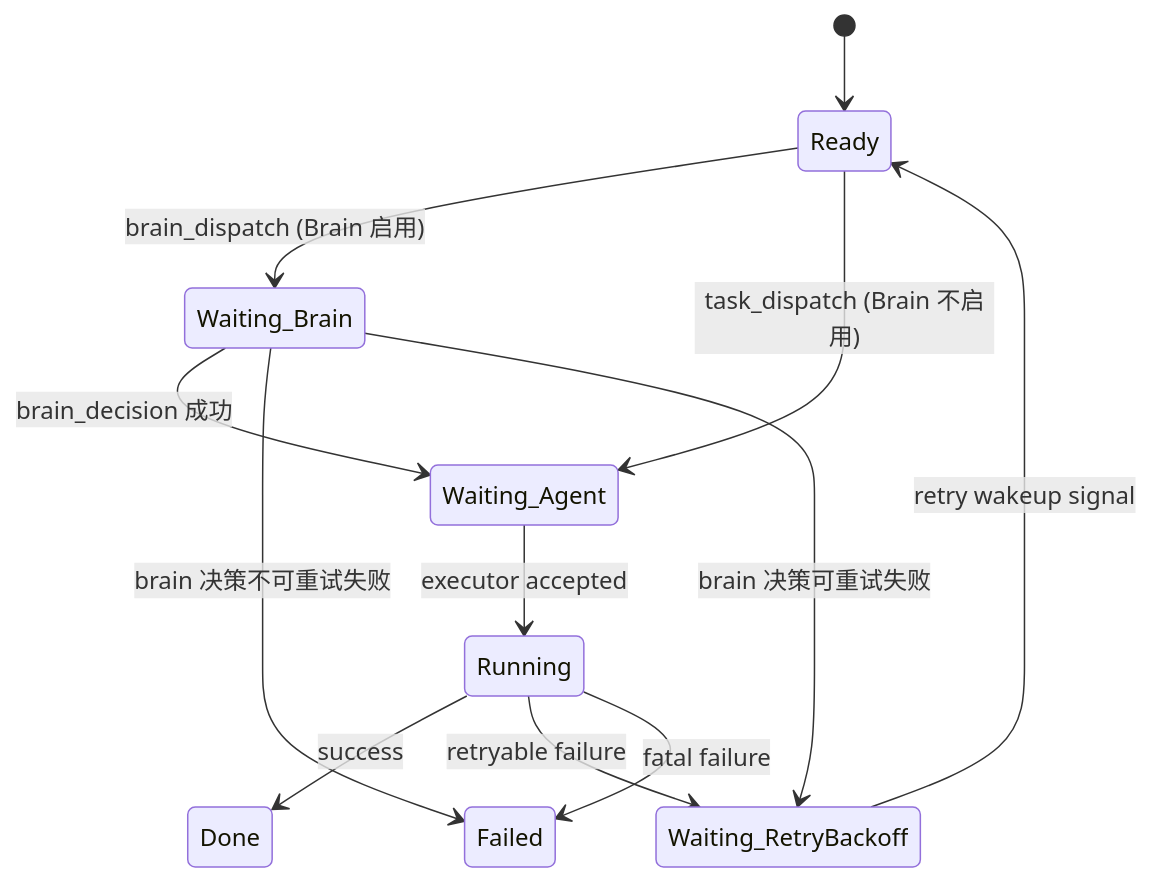
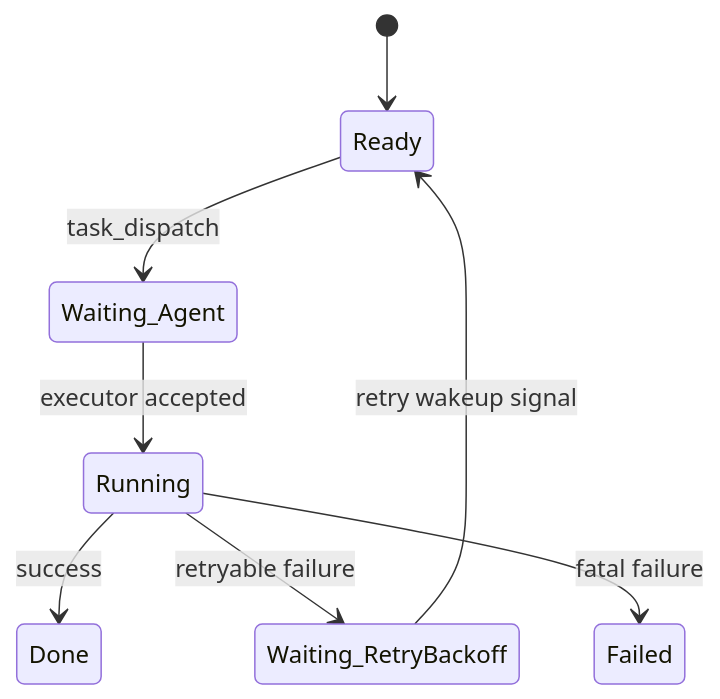
Before and after one commit to diaters/AH: the second of 5 diagrams in docs/design/2026-05-14-brain-agent-design.md, drawn with Mermaid. The commit also changed other lines of this file and 9 other files, not shown here.

````diff
--- a/docs/design/2026-05-14-brain-agent-design.md
+++ b/docs/design/2026-05-14-brain-agent-design.md
@@ -60,14 +60,10 @@
 ```mermaid
 stateDiagram-v2
     [*] --> Ready
-    Ready --> Waiting_Brain: brain_dispatch (Brain 启用)
-    Ready --> Waiting_Agent: task_dispatch (Brain 不启用)
-    Waiting_Brain --> Waiting_Agent: brain_decision 成功
-    Waiting_Brain --> Failed: brain 决策不可重试失败
-    Waiting_Brain --> Waiting_RetryBackoff: brain 决策可重试失败
+    Ready --> Waiting_Agent: task_dispatch
     Waiting_Agent --> Running: executor accepted
     Running --> Done: success
     Running --> Waiting_RetryBackoff: retryable failure
     Running --> Failed: fatal failure
     Waiting_RetryBackoff --> Ready: retry wakeup signal
 ```
````
